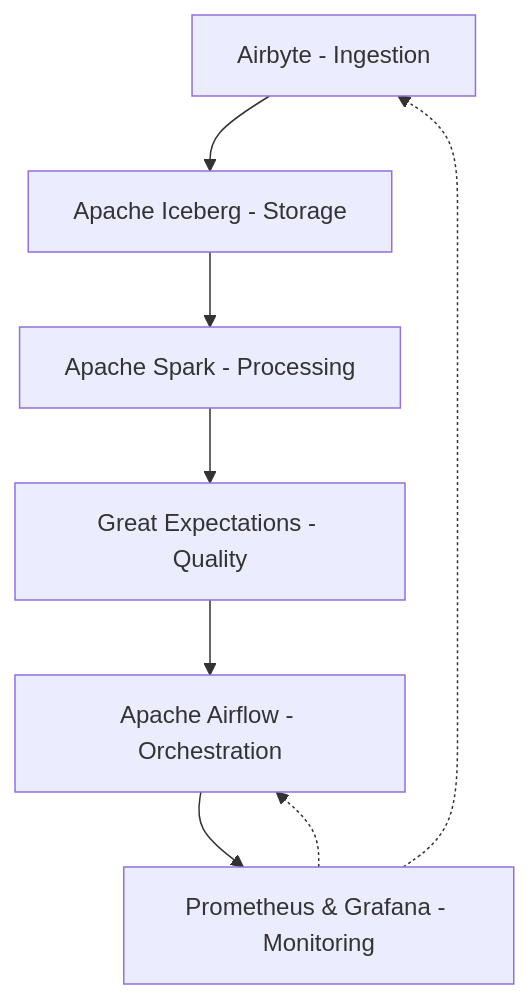
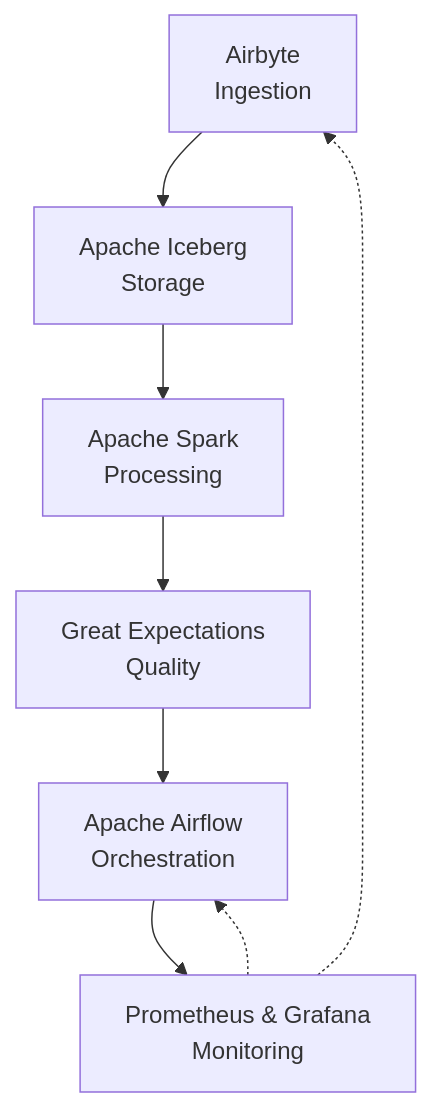
Before and after one commit to bitterfq/data-ingestion: the diagram in README.md, drawn with Mermaid.

Commit message:
Adding a visual diagram to README

````diff
--- a/README.md
+++ b/README.md
@@ -14,12 +14,12 @@
 ```mermaid
 flowchart TD
-    A[Airbyte - Ingestion] --> B[Apache Iceberg - Storage]
-    B --> C[Apache Spark - Processing]
-    C --> D[Great Expectations - Quality]
-    D --> E[Apache Airflow - Orchestration]
-    E --> F[Prometheus & Grafana - Monitoring]
+    A["Airbyte<br/>Ingestion"] --> B["Apache Iceberg<br/>Storage"]
+    B --> C["Apache Spark<br/>Processing"]
+    C --> D["Great Expectations<br/>Quality"]
+    D --> E["Apache Airflow<br/>Orchestration"]
+    E --> F["Prometheus & Grafana<br/>Monitoring"]
 
     %% Feedback loops
     F -.-> A
     F -.-> E
 ```
````
